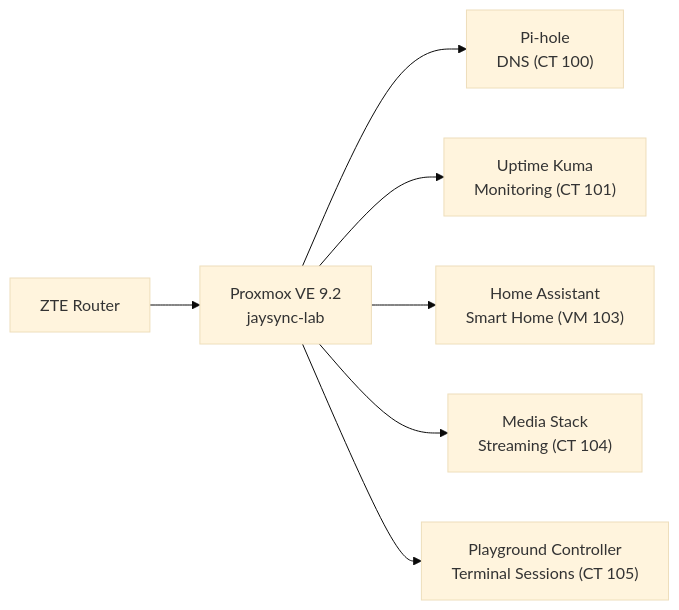
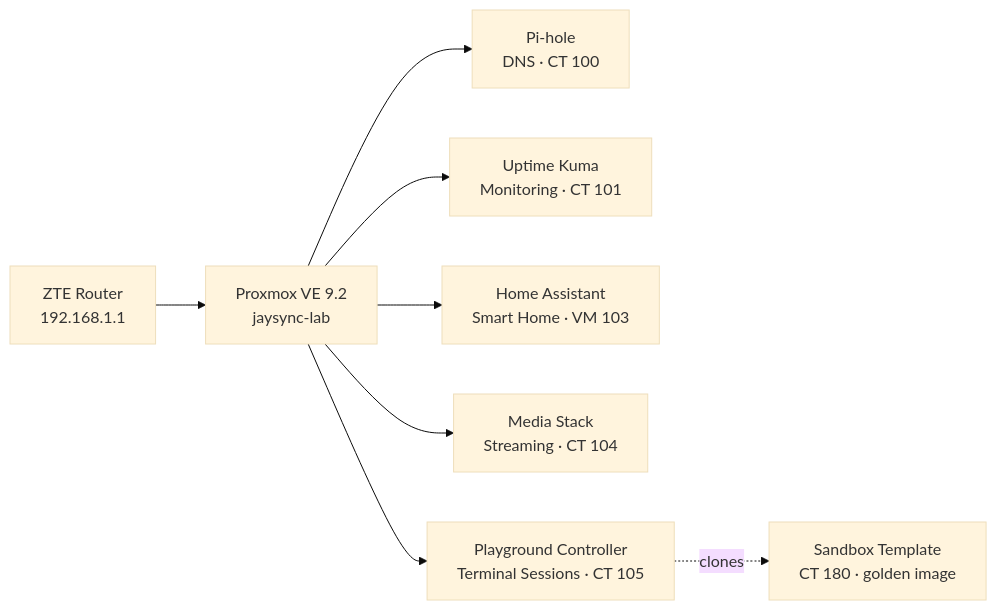
Before and after one commit to JaySync-Lab/JaySync-Lab: the diagram in README.md, drawn with Mermaid (base theme). The commit also changed other lines of this file, not shown here.

First line of the commit message:
README: accurate ecosystem overview, service table, publishing flow

````diff
--- a/README.md
+++ b/README.md
@@ -8,9 +15,10 @@
 ```mermaid
 flowchart LR
-    A[ZTE Router] --> B["Proxmox VE 9.2 <br> jaysync-lab"]
-    B --> C["Pi-hole <br> DNS (CT 100)"]
-    B --> D["Uptime Kuma <br> Monitoring (CT 101)"]
-    B --> E["Home Assistant <br> Smart Home (VM 103)"]
-    B --> F["Media Stack <br> Streaming (CT 104)"]
-    B --> G["Playground Controller <br> Terminal Sessions (CT 105)"]
+    A[ZTE Router<br/>192.168.1.1] --> B["Proxmox VE 9.2<br/>jaysync-lab"]
+    B --> C["Pi-hole<br/>DNS · CT 100"]
+    B --> D["Uptime Kuma<br/>Monitoring · CT 101"]
+    B --> E["Home Assistant<br/>Smart Home · VM 103"]
+    B --> F["Media Stack<br/>Streaming · CT 104"]
+    B --> G["Playground Controller<br/>Terminal Sessions · CT 105"]
+    G -.clones.-> H["Sandbox Template<br/>CT 180 · golden image"]
 ```
````
